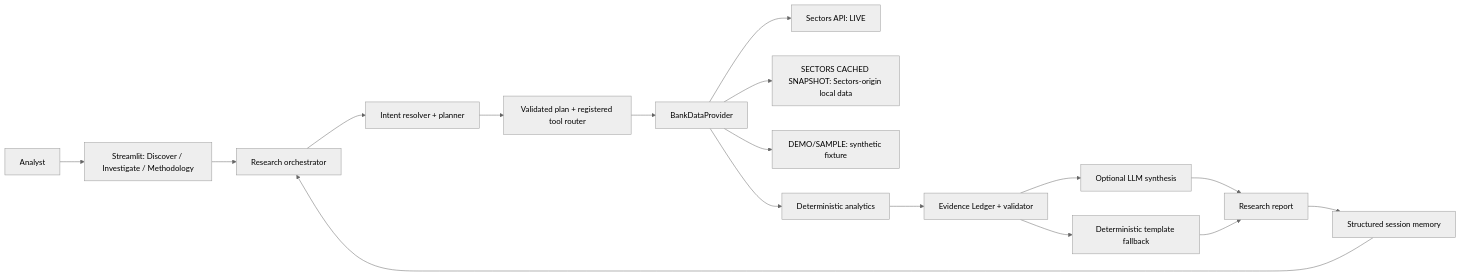
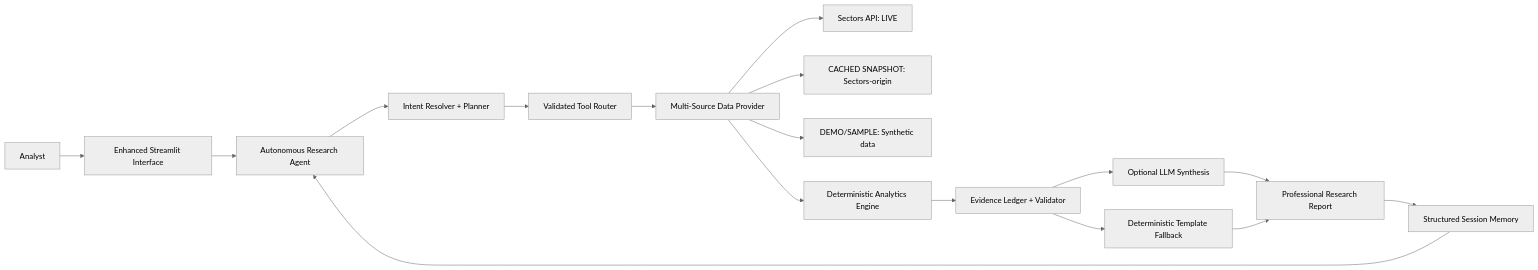
Before and after one commit to duleab/NUSA-INTELLIGENCE: the diagram in README.md, drawn with Mermaid (neutral theme). The commit also changed other lines of this file, not shown here.

First line of the commit message:
📖 Enhanced README: Professional documentation with real screenshots

````diff
--- a/README.md
+++ b/README.md
@@ -52,19 +143,19 @@
 ```mermaid
 flowchart LR
-    Analyst --> UI[Streamlit: Discover / Investigate / Methodology]
-    UI --> Agent[Research orchestrator]
-    Agent --> Intent[Intent resolver + planner]
-    Intent --> Router[Validated plan + registered tool router]
-    Router --> Provider[BankDataProvider]
+    Analyst --> UI[Enhanced Streamlit Interface]
+    UI --> Agent[Autonomous Research Agent]
+    Agent --> Intent[Intent Resolver + Planner]
+    Intent --> Router[Validated Tool Router]
+    Router --> Provider[Multi-Source Data Provider]
     Provider --> Sectors[Sectors API: LIVE]
-    Provider --> Snapshot[SECTORS CACHED SNAPSHOT: Sectors-origin local data]
-    Provider --> Fixture[DEMO/SAMPLE: synthetic fixture]
-    Provider --> Analytics[Deterministic analytics]
-    Analytics --> Ledger[Evidence Ledger + validator]
-    Ledger --> Synthesis[Optional LLM synthesis]
-    Ledger --> Template[Deterministic template fallback]
-    Synthesis --> Report[Research report]
+    Provider --> Snapshot[CACHED SNAPSHOT: Sectors-origin]
+    Provider --> Demo[DEMO/SAMPLE: Synthetic data]
+    Provider --> Analytics[Deterministic Analytics Engine]
+    Analytics --> Ledger[Evidence Ledger + Validator]
+    Ledger --> Synthesis[Optional LLM Synthesis]
+    Ledger --> Template[Deterministic Template Fallback]
+    Synthesis --> Report[Professional Research Report]
     Template --> Report
-    Report --> Memory[Structured session memory]
+    Report --> Memory[Structured Session Memory]
     Memory --> Agent
 ```
````
